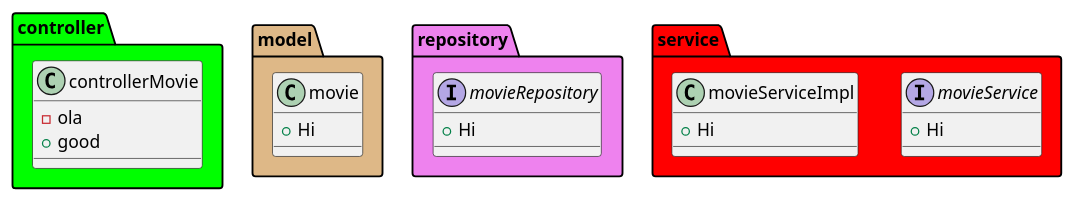
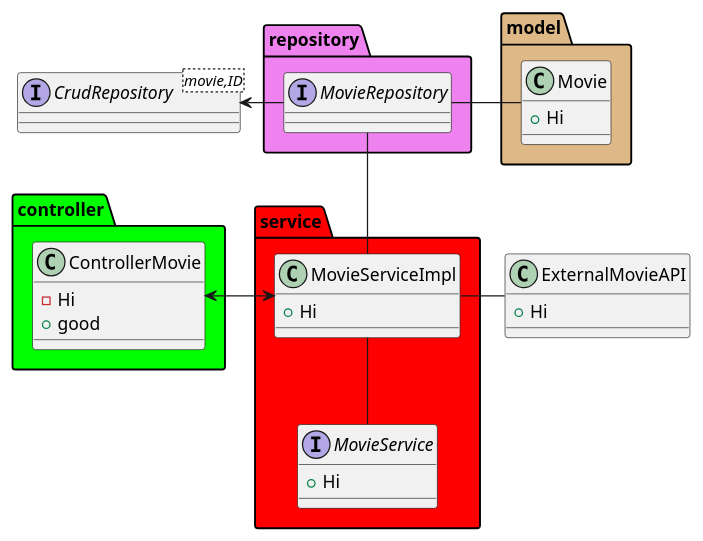
Before and after one commit to hvferreira/movie-api: the diagram in Docs/UML.puml, drawn with PlantUML. The commit also changed 1 other file, not shown here.

```diff
--- a/Docs/UML.puml
+++ b/Docs/UML.puml
@@ -1,41 +1,55 @@
 @startuml
 
 
 package controller <<Folder>> #lime{
 
-    class controllerMovie{
-    -ola
+    class ControllerMovie{
+    -Hi
     +good
     }
 
 }
 
 
 package model <<Folder>> #burlywood{
 
-  class movie{
-  +Hi
-  }
+  class Movie{
+    +Hi
+    }
 
 }
 
 package repository <<Folder>> #violet {
 
-  interface movieRepository {
-  +Hi
+  interface MovieRepository {
+  
   }
 
 }
 
 package service <<Folder>> #red{
 
-  interface movieService{
+  interface MovieService{
   +Hi
   }
-  class movieServiceImpl{
+  class MovieServiceImpl{
   +Hi
   }
 
 }
+Interface CrudRepository<movie,ID>{
 
+}
+
+class ExternalMovieAPI{
+    +Hi
+    }
+
+ControllerMovie <-right-> MovieServiceImpl
+MovieRepository -left-> CrudRepository
+
+MovieServiceImpl -- MovieService
+MovieServiceImpl -up- MovieRepository
+MovieRepository -right- Movie
+MovieServiceImpl -right- ExternalMovieAPI
 @enduml
```
